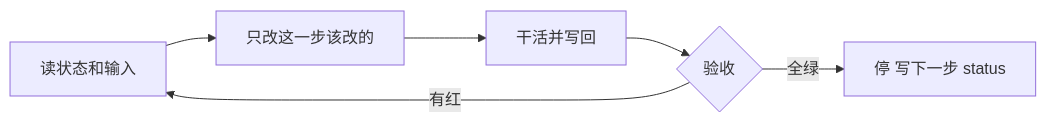
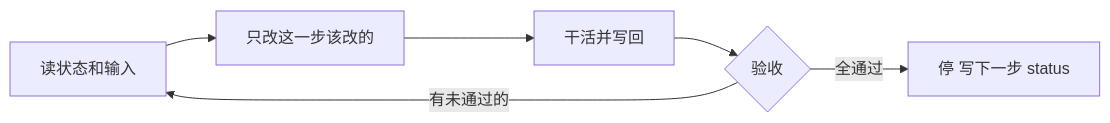
The third of 4 diagrams in README.md (NemoArce2007/cumcm-skills), drawn with Mermaid before and after one commit. The commit also changed other lines of this file, not shown here.

````diff
--- a/README.md
+++ b/README.md
@@ -85,8 +96,8 @@
 ```mermaid
 flowchart LR
   d[读状态和输入] --> p[只改这一步该改的]
   p --> e[干活并写回]
   e --> v{验收}
-  v -->|全绿| stop[停 写下一步 status]
-  v -->|有红| d
+  v -->|全通过| stop[停 写下一步 status]
+  v -->|有未通过的| d
 ```
````
